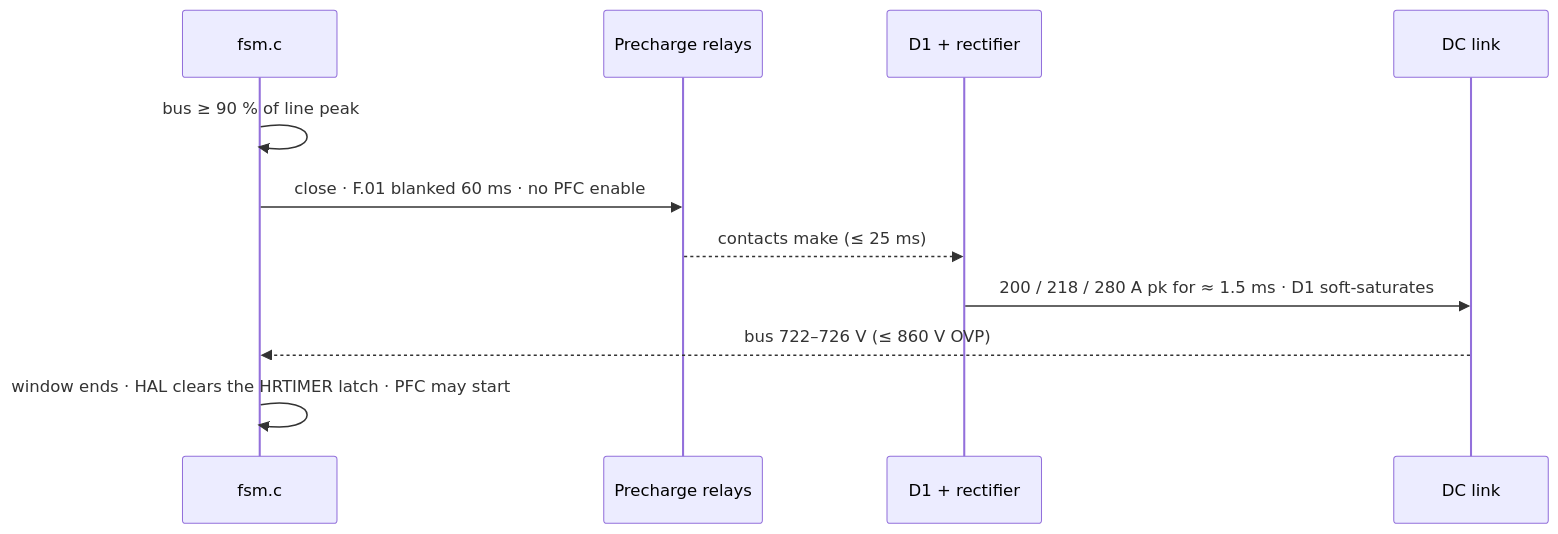
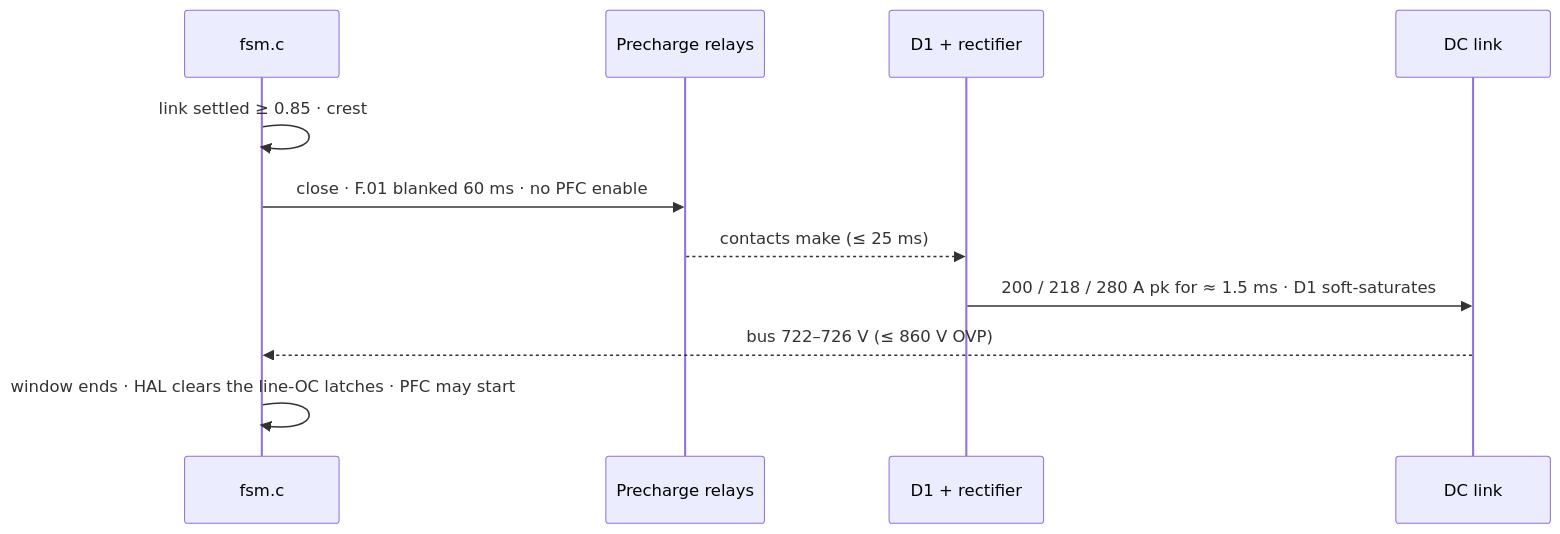
The fifth of 5 diagrams in docs/current-coordination.md (vectivolt/DC-Modules), drawn with Mermaid before and after one commit. The commit also changed other lines of this file and 802 other files, not shown here.

````diff
--- a/docs/current-coordination.md
+++ b/docs/current-coordination.md
@@ -328,13 +305,13 @@
 ```mermaid
 sequenceDiagram
   participant FSM as fsm.c
   participant K as Precharge relays
   participant D1 as D1 + rectifier
   participant L as DC link
-  FSM->>FSM: bus ≥ 90 % of line peak
+  FSM->>FSM: link settled ≥ 0.85 · crest
   FSM->>K: close · F.01 blanked 60 ms · no PFC enable
   K-->>D1: contacts make (≤ 25 ms)
   D1->>L: 200 / 218 / 280 A pk for ≈ 1.5 ms · D1 soft-saturates
   L-->>FSM: bus 722–726 V (≤ 860 V OVP)
-  FSM->>FSM: window ends · HAL clears the HRTIMER latch · PFC may start
+  FSM->>FSM: window ends · HAL clears the line-OC latches · PFC may start
 ```
````
